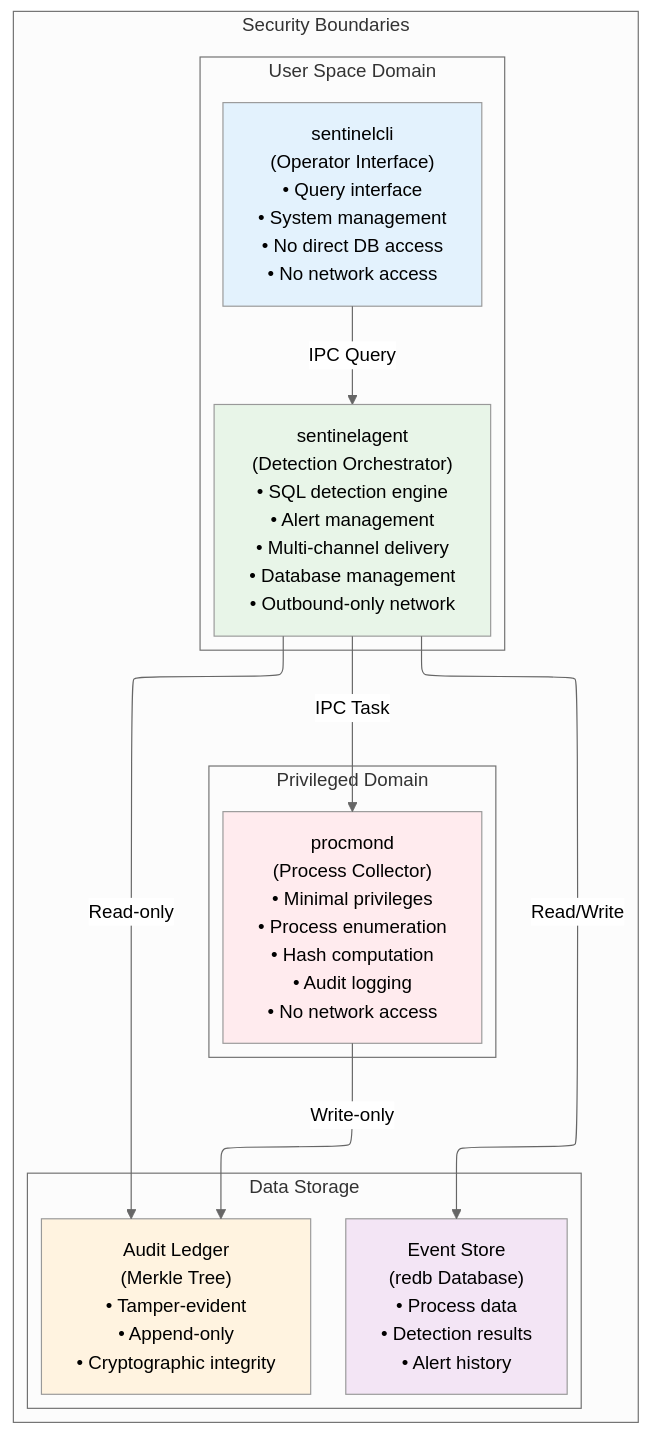
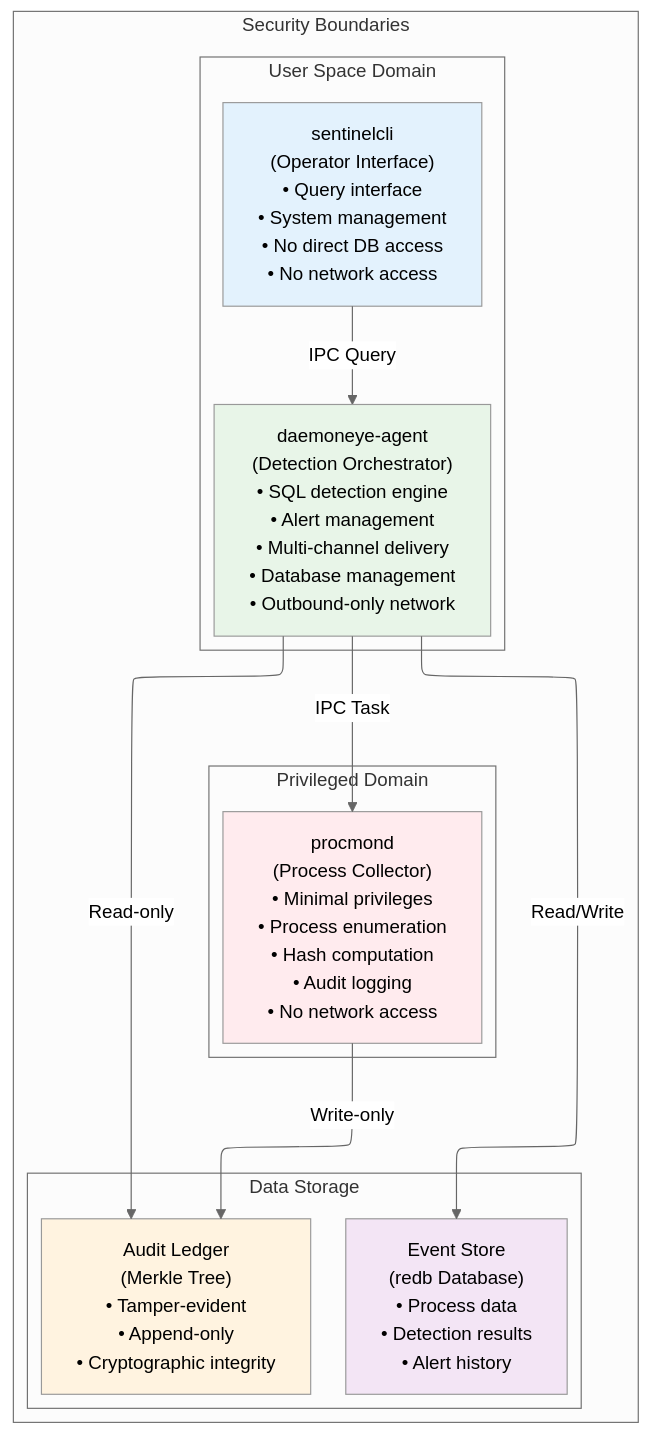
The diagram in docs/src/technical/security_design_overview.md (EvilBit-Labs/DaemonEye), drawn with Mermaid before and after one commit. The commit also changed other lines of this file and 31 other files, not shown here.

````diff
--- a/docs/src/technical/security_design_overview.md
+++ b/docs/src/technical/security_design_overview.md
@@ -35,38 +35,38 @@
 ```mermaid
 ---
 config:
   layout: elk
   theme: neutral
 ---
 
 graph TB
     subgraph "Security Boundaries"
         subgraph "Privileged Domain"
             PM["procmond<br/>(Process Collector)<br/>• Minimal privileges<br/>• Process enumeration<br/>• Hash computation<br/>• Audit logging<br/>• No network access"]
         end
 
         subgraph "User Space Domain"
-            SA["sentinelagent<br/>(Detection Orchestrator)<br/>• SQL detection engine<br/>• Alert management<br/>• Multi-channel delivery<br/>• Database management<br/>• Outbound-only network"]
+            SA["daemoneye-agent<br/>(Detection Orchestrator)<br/>• SQL detection engine<br/>• Alert management<br/>• Multi-channel delivery<br/>• Database management<br/>• Outbound-only network"]
 
             CLI["sentinelcli<br/>(Operator Interface)<br/>• Query interface<br/>• System management<br/>• No direct DB access<br/>• No network access"]
         end
 
         subgraph "Data Storage"
             AUDIT["Audit Ledger<br/>(Merkle Tree)<br/>• Tamper-evident<br/>• Append-only<br/>• Cryptographic integrity"]
 
             STORE["Event Store<br/>(redb Database)<br/>• Process data<br/>• Detection results<br/>• Alert history"]
         end
     end
 
     PM -->|Write-only| AUDIT
     SA -->|Read/Write| STORE
     SA -->|Read-only| AUDIT
     CLI -->|IPC Query| SA
     SA -->|IPC Task| PM
 
     style PM fill:#ffebee
     style SA fill:#e8f5e8
     style CLI fill:#e3f2fd
     style AUDIT fill:#fff3e0
     style STORE fill:#f3e5f5
 ```
````
